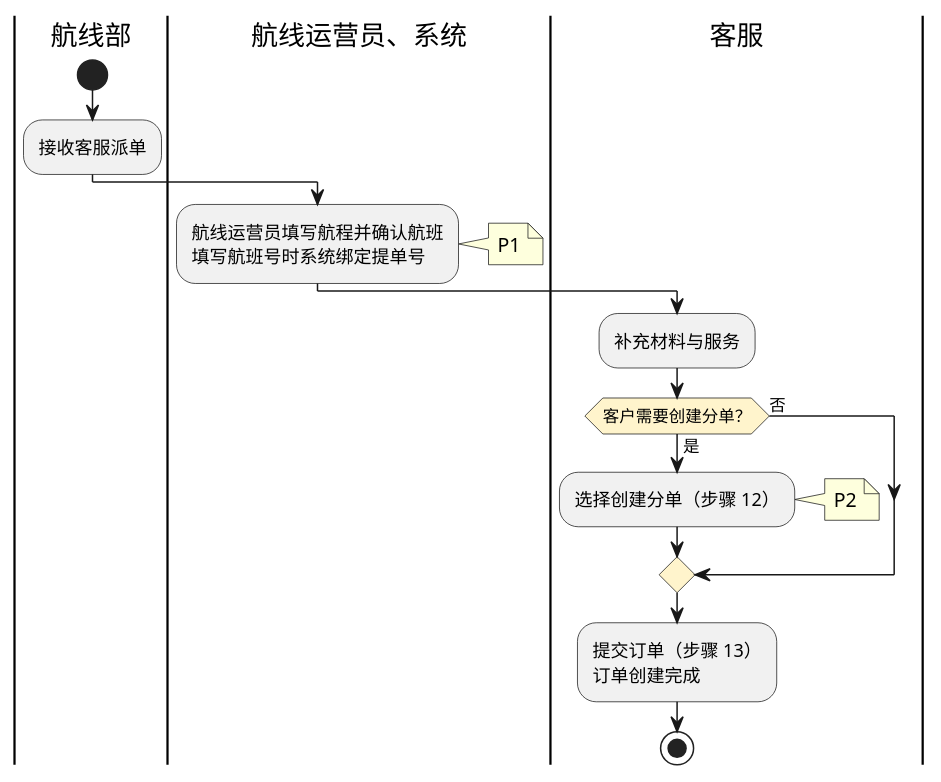
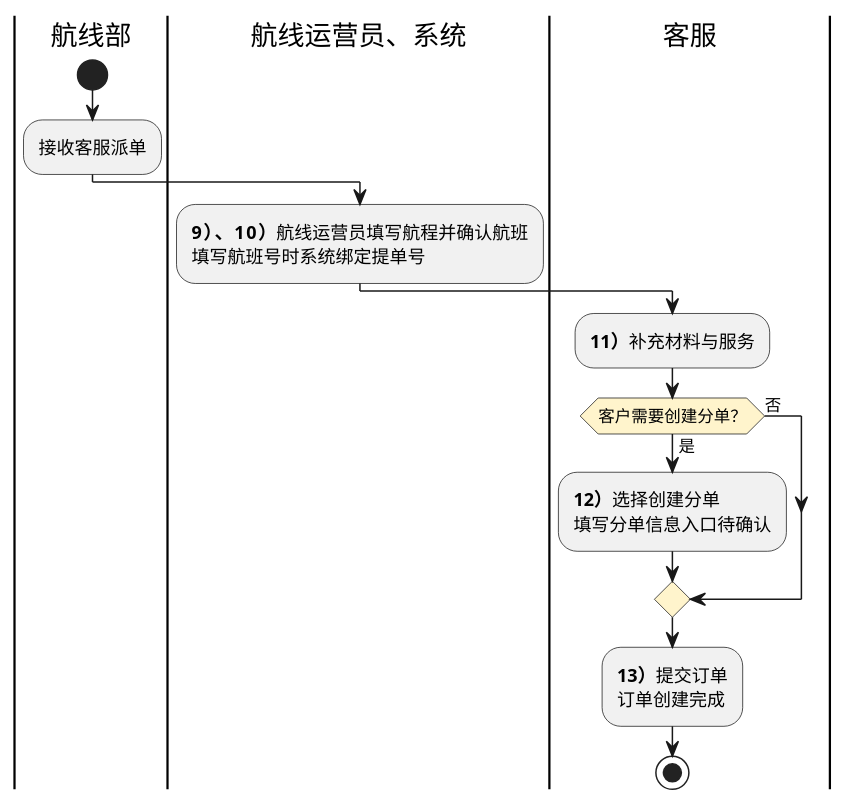
Before and after one commit to jack888332/projects-doc: the second of 7 diagrams in product-caliber/goldjet/segmented-prd/PRD.高捷物流系统一期.第009篇.空运-订单创建.5029269CA8.md, drawn with PlantUML. The commit also changed other lines of this file and 24 other files, not shown here.

````diff
--- a/product-caliber/goldjet/segmented-prd/PRD.高捷物流系统一期.第009篇.空运-订单创建.5029269CA8.md
+++ b/product-caliber/goldjet/segmented-prd/PRD.高捷物流系统一期.第009篇.空运-订单创建.5029269CA8.md
@@ -102,20 +102,18 @@
 ```plantuml
 @startuml goldjet-009-order-supplement
 skinparam activityDiamondBackgroundColor #FFF4CC
 |航线部|
 start
 :接收客服派单;
 |航线运营员、系统|
-:航线运营员填写航程并确认航班\n填写航班号时系统绑定提单号;
-note right: P1
+:**9）、10）**航线运营员填写航程并确认航班\n填写航班号时系统绑定提单号;
 |客服|
-:补充材料与服务;
+:**11）**补充材料与服务;
 if (客户需要创建分单？) then (是)
-  :选择创建分单（步骤 12）;
-  note right: P2
+  :**12）**选择创建分单\n填写分单信息入口待确认;
 else (否)
 endif
-:提交订单（步骤 13）\n订单创建完成;
+:**13）**提交订单\n订单创建完成;
 stop
 @enduml
 ```
````
